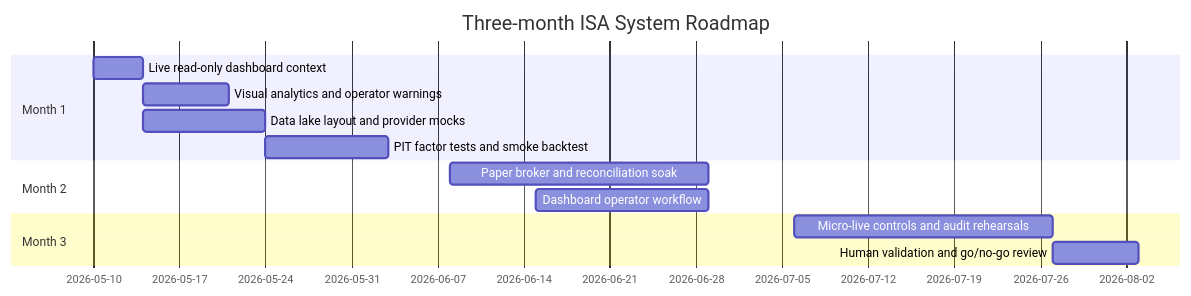
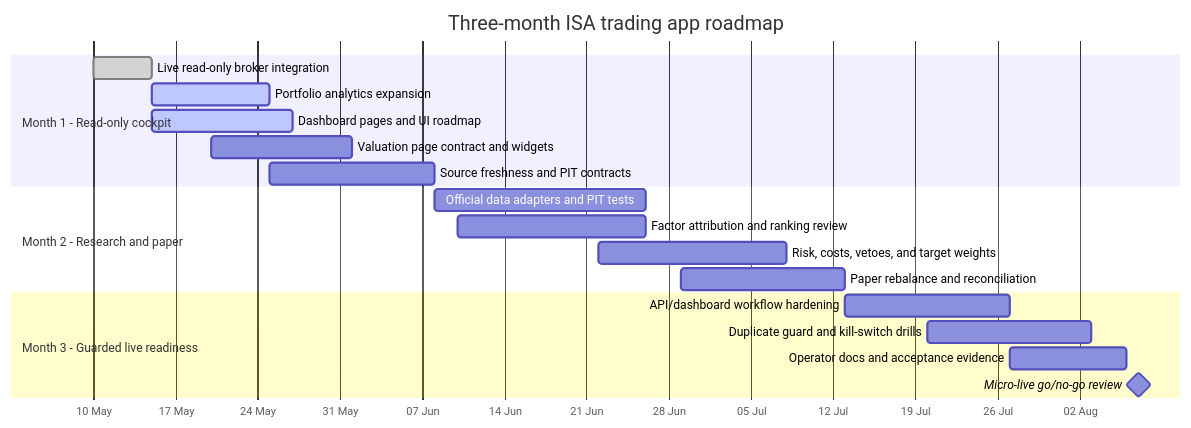
One commit to danielcoakley/t212 changed the diagram in docs/roadmap.md. Above: the diagram before and after it, drawn with Mermaid. The commit also changed other lines of this file and 10 other files, not shown here.

Commit message:
Add holdings valuation dashboard

````diff
--- a/docs/roadmap.md
+++ b/docs/roadmap.md
@@ -28,16 +69,25 @@
 ```mermaid
 gantt
-    title Three-month ISA System Roadmap
+    title Three-month ISA trading app roadmap
     dateFormat  YYYY-MM-DD
-    section Month 1
-    Live read-only dashboard context         :a0, 2026-05-10, 4d
-    Visual analytics and operator warnings   :a1, after a0, 7d
-    Data lake layout and provider mocks      :a2, 2026-05-14, 10d
-    PIT factor tests and smoke backtest      :a3, after a2, 10d
-    section Month 2
-    Paper broker and reconciliation soak     :b1, 2026-06-08, 21d
-    Dashboard operator workflow              :b2, 2026-06-15, 14d
-    section Month 3
-    Micro-live controls and audit rehearsals :c1, 2026-07-06, 21d
-    Human validation and go/no-go review     :c2, 2026-07-27, 7d
+    axisFormat  %d %b
+
+    section Month 1 - Read-only cockpit
+    Live read-only broker integration       :done, m1a, 2026-05-10, 5d
+    Portfolio analytics expansion           :active, m1b, 2026-05-15, 10d
+    Dashboard pages and UI roadmap          :active, m1c, 2026-05-15, 12d
+    Valuation page contract and widgets     :m1d, 2026-05-20, 12d
+    Source freshness and PIT contracts      :m1e, 2026-05-25, 14d
+
+    section Month 2 - Research and paper
+    Official data adapters and PIT tests    :m2a, 2026-06-08, 18d
+    Factor attribution and ranking review   :m2b, 2026-06-10, 16d
+    Risk, costs, vetoes, and target weights :m2c, 2026-06-22, 16d
+    Paper rebalance and reconciliation      :m2d, 2026-06-29, 14d
+
+    section Month 3 - Guarded live readiness
+    API/dashboard workflow hardening        :m3a, 2026-07-13, 14d
+    Duplicate guard and kill-switch drills  :m3b, 2026-07-20, 14d
+    Operator docs and acceptance evidence   :m3c, 2026-07-27, 10d
+    Micro-live go/no-go review              :milestone, m3d, 2026-08-07, 0d
 ```
````
